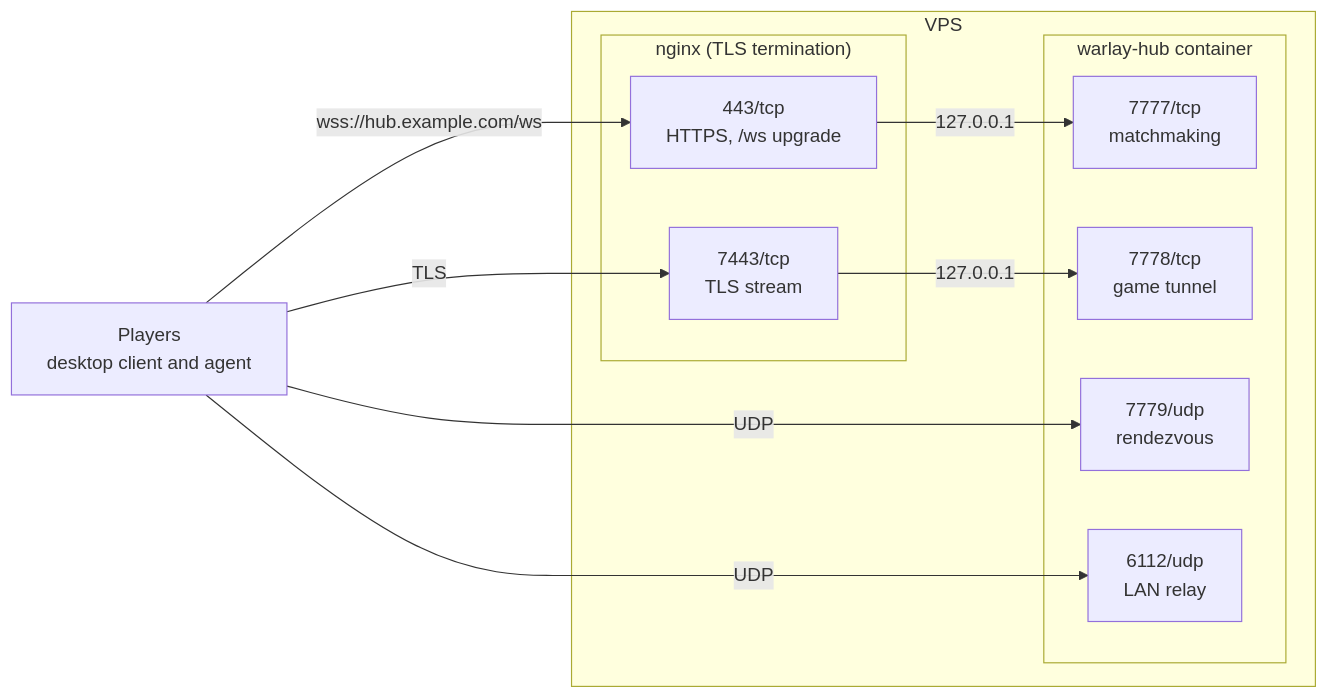
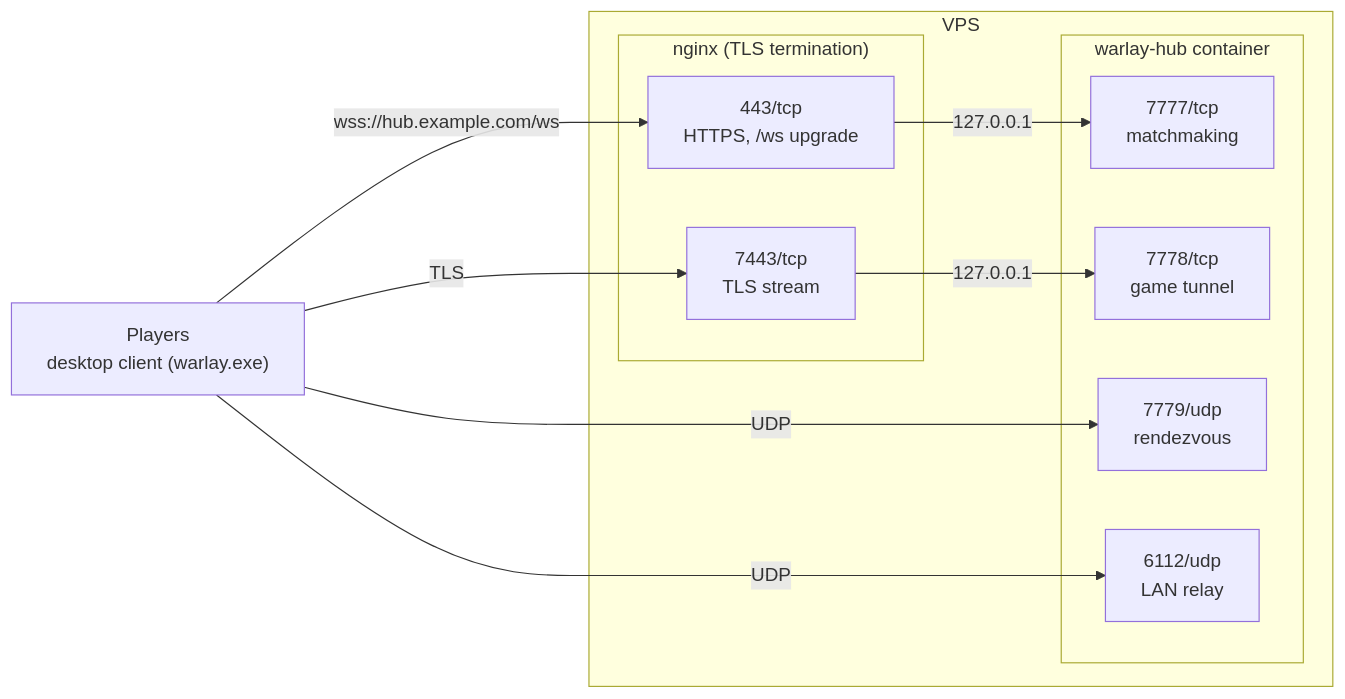
Before and after one commit to jhonsferg/warlay: the third of 4 diagrams in README.md, drawn with Mermaid. The commit also changed other lines of this file, not shown here.

Commit message:
docs: corrige el diagrama de arquitectura y los comandos de test

````diff
--- a/README.md
+++ b/README.md
@@ -337,24 +337,24 @@
 ```mermaid
 flowchart LR
-    players["Players<br/>desktop client and agent"]
+    players["Players<br/>desktop client (warlay.exe)"]
 
     subgraph vps["VPS"]
         subgraph nginx["nginx (TLS termination)"]
             https["443/tcp<br/>HTTPS, /ws upgrade"]
             stream["7443/tcp<br/>TLS stream"]
         end
         subgraph container["warlay-hub container"]
             ws["7777/tcp<br/>matchmaking"]
             tcp["7778/tcp<br/>game tunnel"]
             rv["7779/udp<br/>rendezvous"]
             relay["6112/udp<br/>LAN relay"]
         end
     end
 
     players -->|wss://hub.example.com/ws| https
     players -->|TLS| stream
     players -->|UDP| rv
     players -->|UDP| relay
     https -->|127.0.0.1| ws
     stream -->|127.0.0.1| tcp
 ```
````
